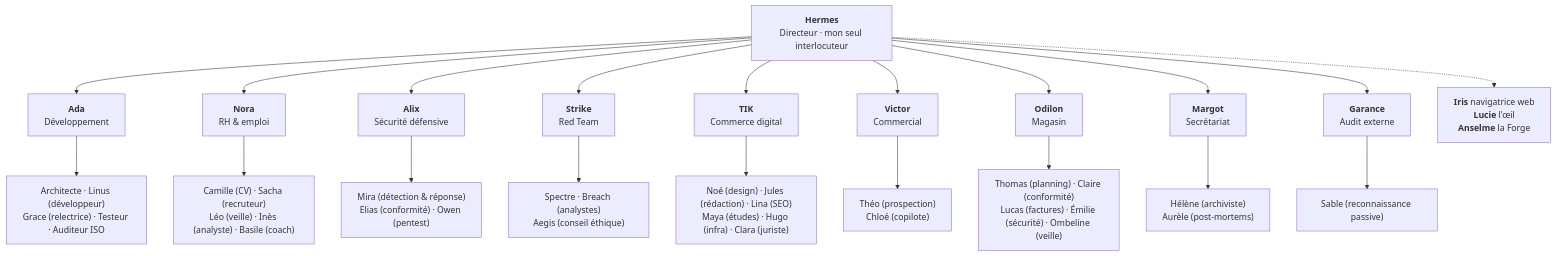
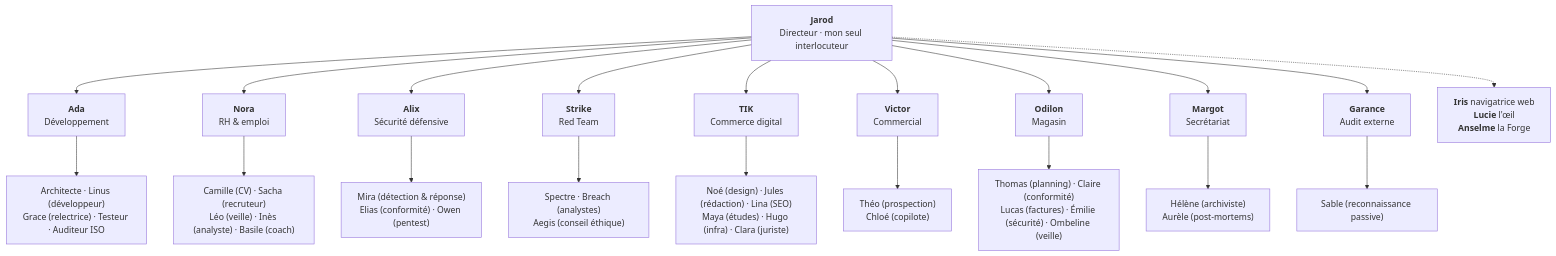
The third of 3 diagrams in README.fr.md (Dow08/OS-Agentique_showcase), drawn with Mermaid before and after one commit. The commit also changed other lines of this file and 45 other files, not shown here.

First line of the commit message:
Le directeur s'appelle Jarod : vitrine, captures, vidéos

````diff
--- a/README.fr.md
+++ b/README.fr.md
@@ -155,23 +157,23 @@
 ```mermaid
 flowchart TD
-    H["<b>Hermes</b><br/>Directeur · mon seul interlocuteur"]
+    H["<b>Jarod</b><br/>Directeur · mon seul interlocuteur"]
     H --> DEV["<b>Ada</b><br/>Développement"]
     H --> RH["<b>Nora</b><br/>RH & emploi"]
     H --> SEC["<b>Alix</b><br/>Sécurité défensive"]
     H --> RED["<b>Strike</b><br/>Red Team"]
     H --> TIK["<b>TIK</b><br/>Commerce digital"]
     H --> COM["<b>Victor</b><br/>Commercial"]
     H --> MAG["<b>Odilon</b><br/>Magasin"]
     H --> SG["<b>Margot</b><br/>Secrétariat"]
     H --> AUD["<b>Garance</b><br/>Audit externe"]
     H -.-> SPE["<b>Iris</b> navigatrice web<br/><b>Lucie</b> l'œil<br/><b>Anselme</b> la Forge"]
     DEV --> DEV1["Architecte · Linus (développeur)<br/>Grace (relectrice) · Testeur · Auditeur ISO"]
     RH --> RH1["Camille (CV) · Sacha (recruteur)<br/>Léo (veille) · Inès (analyste) · Basile (coach)"]
     SEC --> SEC1["Mira (détection & réponse)<br/>Elias (conformité) · Owen (pentest)"]
     RED --> RED1["Spectre · Breach (analystes)<br/>Aegis (conseil éthique)"]
     TIK --> TIK1["Noé (design) · Jules (rédaction) · Lina (SEO)<br/>Maya (études) · Hugo (infra) · Clara (juriste)"]
     COM --> COM1["Théo (prospection)<br/>Chloé (copilote)"]
     MAG --> MAG1["Thomas (planning) · Claire (conformité)<br/>Lucas (factures) · Émilie (sécurité) · Ombeline (veille)"]
     SG --> SG1["Hélène (archiviste)<br/>Aurèle (post-mortems)"]
     AUD --> AUD1["Sable (reconnaissance passive)"]
 ```
````
